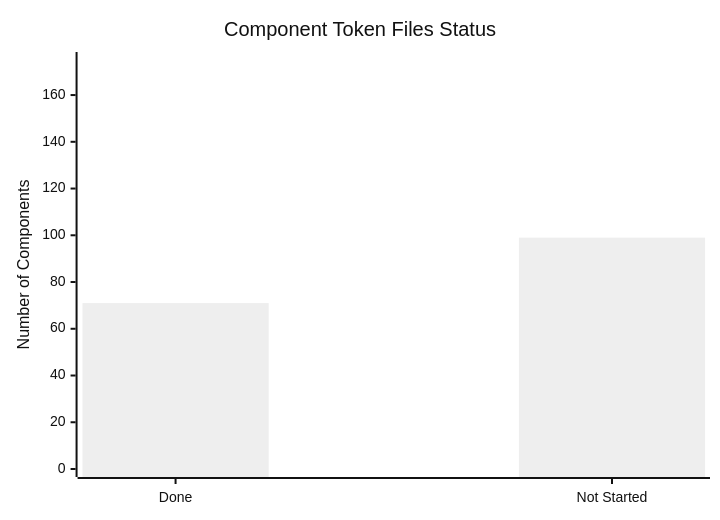
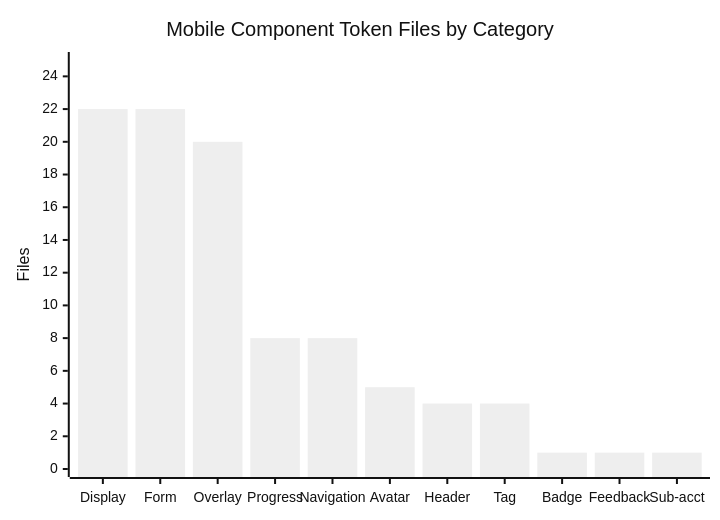
Before and after one commit to thisisashwinks/HighRise-Tokens: the second of 3 diagrams in PROJECT_STATUS_TRACKER.md, drawn with Mermaid (neutral theme). The commit also changed other lines of this file and 1 other file, not shown here.

First line of the commit message:
Update project status and component token files

````diff
--- a/PROJECT_STATUS_TRACKER.md
+++ b/PROJECT_STATUS_TRACKER.md
@@ -417,7 +248,7 @@
 ```mermaid
 xychart-beta
-    title "Component Token Files Status"
-    x-axis ["Done", "Not Started"]
-    y-axis "Number of Components" 0 --> 175
-    bar [71, 99]
+    title "Mobile Component Token Files by Category"
+    x-axis ["Display", "Form", "Overlay", "Progress", "Navigation", "Avatar", "Header", "Tag", "Badge", "Feedback", "Sub-acct"]
+    y-axis "Files" 0 --> 25
+    bar [22, 22, 20, 8, 8, 5, 4, 4, 1, 1, 1]
 ```
````
